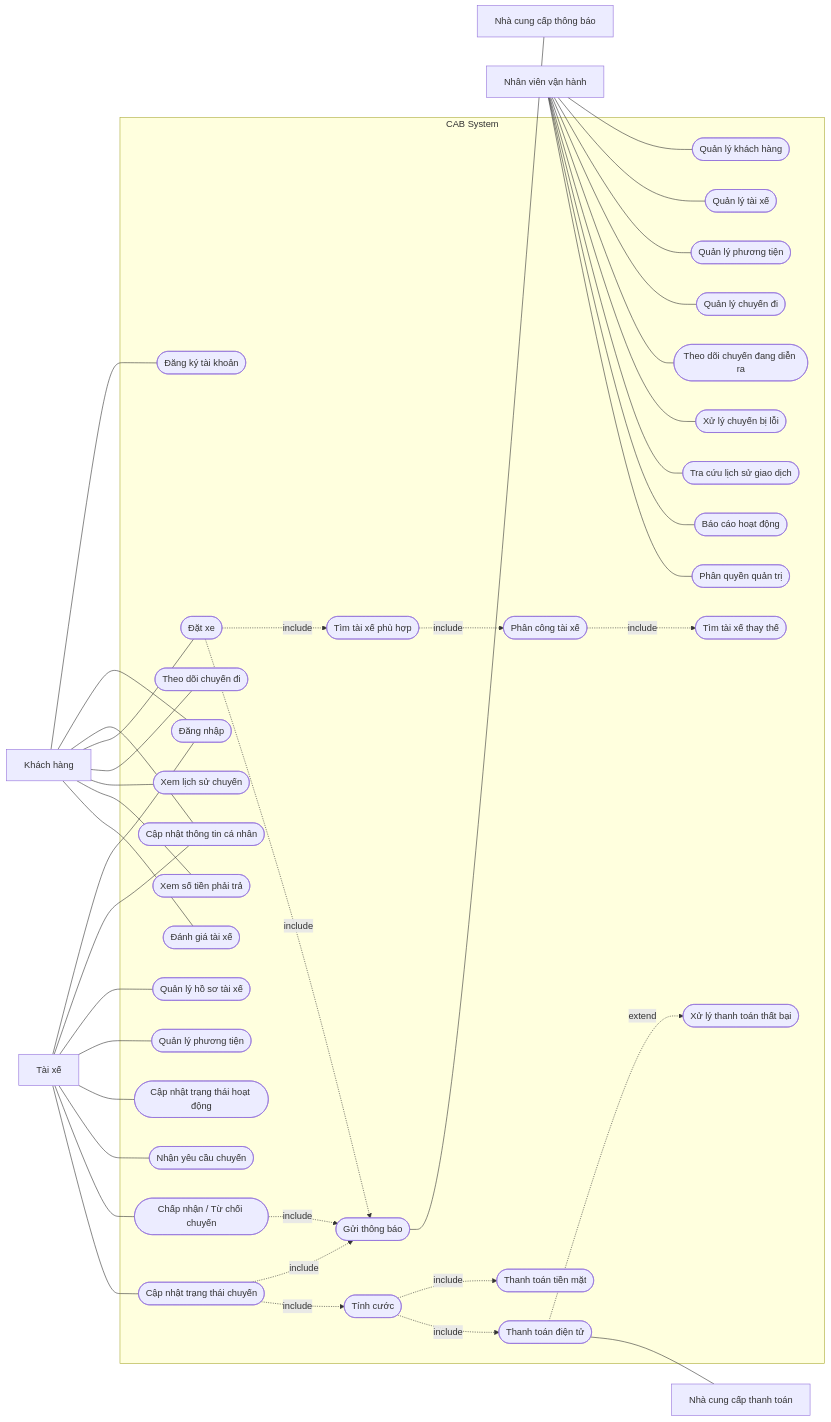
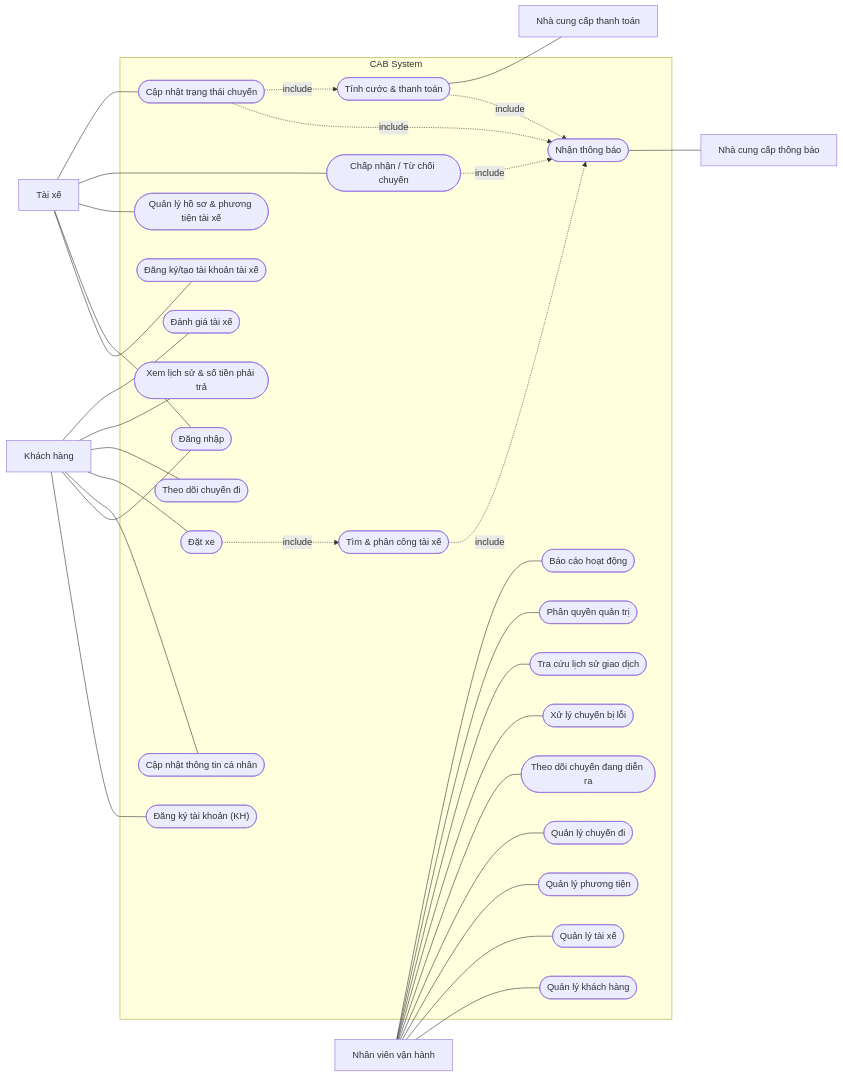
One commit to nthaitoan05/23720891_NguyenThaiToan_CABSYSTEM changed the fourth of 4 diagrams in srs.md. Above: the diagram before and after it, drawn with Mermaid. The commit also changed other lines of this file, not shown here.

````diff
--- a/srs.md
+++ b/srs.md
@@ -377,102 +442,73 @@
 ```mermaid
 flowchart LR
 
-    %% Actors
     Customer["Khách hàng"]
     Driver["Tài xế"]
     Operator["Nhân viên vận hành"]
     Payment["Nhà cung cấp thanh toán"]
     Notification["Nhà cung cấp thông báo"]
 
-    %% System Boundary
     subgraph CAB["CAB System"]
-        
-        UC01(["Đăng ký tài khoản"])
-        UC02(["Đăng nhập"])
-        UC03(["Cập nhật thông tin cá nhân"])
-        
-        UC04(["Đặt xe"])
-        UC05(["Theo dõi chuyến đi"])
-        UC06(["Xem lịch sử chuyến"])
-        UC07(["Xem số tiền phải trả"])
-        UC08(["Đánh giá tài xế"])
-        
-        UC09(["Quản lý hồ sơ tài xế"])
-        UC10(["Quản lý phương tiện"])
-        UC11(["Cập nhật trạng thái hoạt động"])
-        UC12(["Nhận yêu cầu chuyến"])
-        UC13(["Chấp nhận / Từ chối chuyến"])
-        UC14(["Cập nhật trạng thái chuyến"])
-        
-        UC15(["Tìm tài xế phù hợp"])
-        UC16(["Phân công tài xế"])
-        UC17(["Tìm tài xế thay thế"])
-        
-        UC18(["Tính cước"])
-        UC19(["Thanh toán tiền mặt"])
-        UC20(["Thanh toán điện tử"])
-        UC21(["Xử lý thanh toán thất bại"])
-        
-        UC22(["Gửi thông báo"])
-        
-        UC23(["Quản lý khách hàng"])
-        UC24(["Quản lý tài xế"])
-        UC25(["Quản lý phương tiện"])
-        UC26(["Quản lý chuyến đi"])
-        UC27(["Theo dõi chuyến đang diễn ra"])
-        UC28(["Xử lý chuyến bị lỗi"])
-        UC29(["Tra cứu lịch sử giao dịch"])
-        
-        UC30(["Báo cáo hoạt động"])
-        UC31(["Phân quyền quản trị"])
+
+        UC01(["Đăng ký tài khoản (KH)"])
+        UC02(["Đăng ký/tạo tài khoản tài xế"])
+        UC03(["Đăng nhập"])
+        UC04(["Cập nhật thông tin cá nhân"])
+        UC05(["Quản lý hồ sơ & phương tiện tài xế"])
+
+        UC06(["Đặt xe"])
+        UC07(["Tìm & phân công tài xế"])
+        UC08(["Chấp nhận / Từ chối chuyến"])
+        UC09(["Cập nhật trạng thái chuyến"])
+        UC10(["Theo dõi chuyến đi"])
+
+        UC11(["Tính cước & thanh toán"])
+        UC12(["Xem lịch sử & số tiền phải trả"])
+        UC13(["Đánh giá tài xế"])
+        UC14(["Nhận thông báo"])
+
+        UC15(["Quản lý khách hàng"])
+        UC16(["Quản lý tài xế"])
+        UC17(["Quản lý phương tiện"])
+        UC18(["Quản lý chuyến đi"])
+        UC19(["Theo dõi chuyến đang diễn ra"])
+        UC20(["Xử lý chuyến bị lỗi"])
+        UC21(["Tra cứu lịch sử giao dịch"])
+        UC22(["Phân quyền quản trị"])
+        UC23(["Báo cáo hoạt động"])
     end
 
-    %% Customer relationships
     Customer --- UC01
-    Customer --- UC02
     Customer --- UC03
     Customer --- UC04
-    Customer --- UC05
     Customer --- UC06
-    Customer --- UC07
-    Customer --- UC08
+    Customer --- UC10
+    Customer --- UC12
+    Customer --- UC13
 
-    %% Driver relationships
     Driver --- UC02
     Driver --- UC03
+    Driver --- UC05
+    Driver --- UC08
     Driver --- UC09
-    Driver --- UC10
-    Driver --- UC11
-    Driver --- UC12
-    Driver --- UC13
-    Driver --- UC14
 
-    %% System use cases
-    UC04 -.->|include| UC15
-    UC15 -.->|include| UC16
-    UC16 -.->|include| UC17
+    UC06 -.->|include| UC07
+    UC07 -.->|include| UC14
+    UC08 -.->|include| UC14
+    UC09 -.->|include| UC14
+    UC09 -.->|include| UC11
+    UC11 -.->|include| UC14
 
-    UC04 -.->|include| UC22
-    UC13 -.->|include| UC22
-    UC14 -.->|include| UC22
+    UC11 --- Payment
+    UC14 --- Notification
 
-    UC14 -.->|include| UC18
-
-    UC18 -.->|include| UC19
-    UC18 -.->|include| UC20
-    UC20 -.->|extend| UC21
-
-    UC20 --- Payment
-    UC22 --- Notification
-
-    %% Operator relationships
+    Operator --- UC15
+    Operator --- UC16
+    Operator --- UC17
+    Operator --- UC18
+    Operator --- UC19
+    Operator --- UC20
+    Operator --- UC21
+    Operator --- UC22
     Operator --- UC23
-    Operator --- UC24
-    Operator --- UC25
-    Operator --- UC26
-    Operator --- UC27
-    Operator --- UC28
-    Operator --- UC29
-    Operator --- UC30
-    Operator --- UC31
 ```
````
